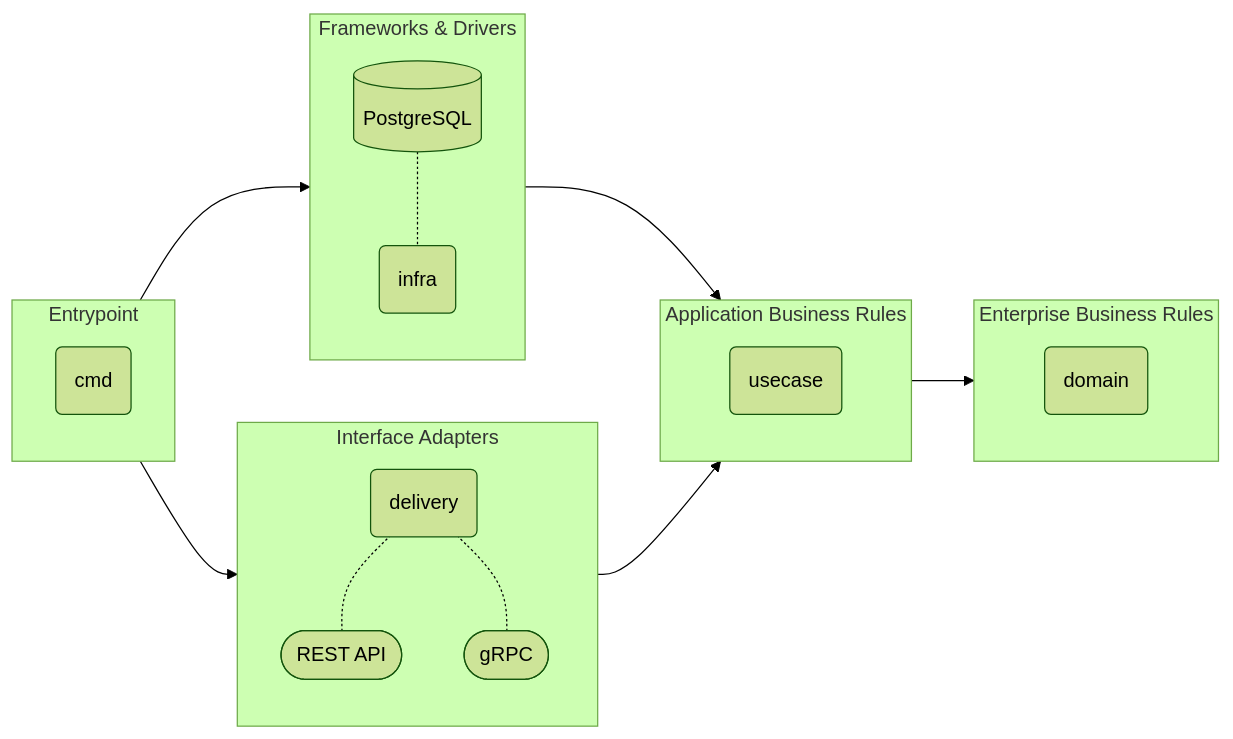
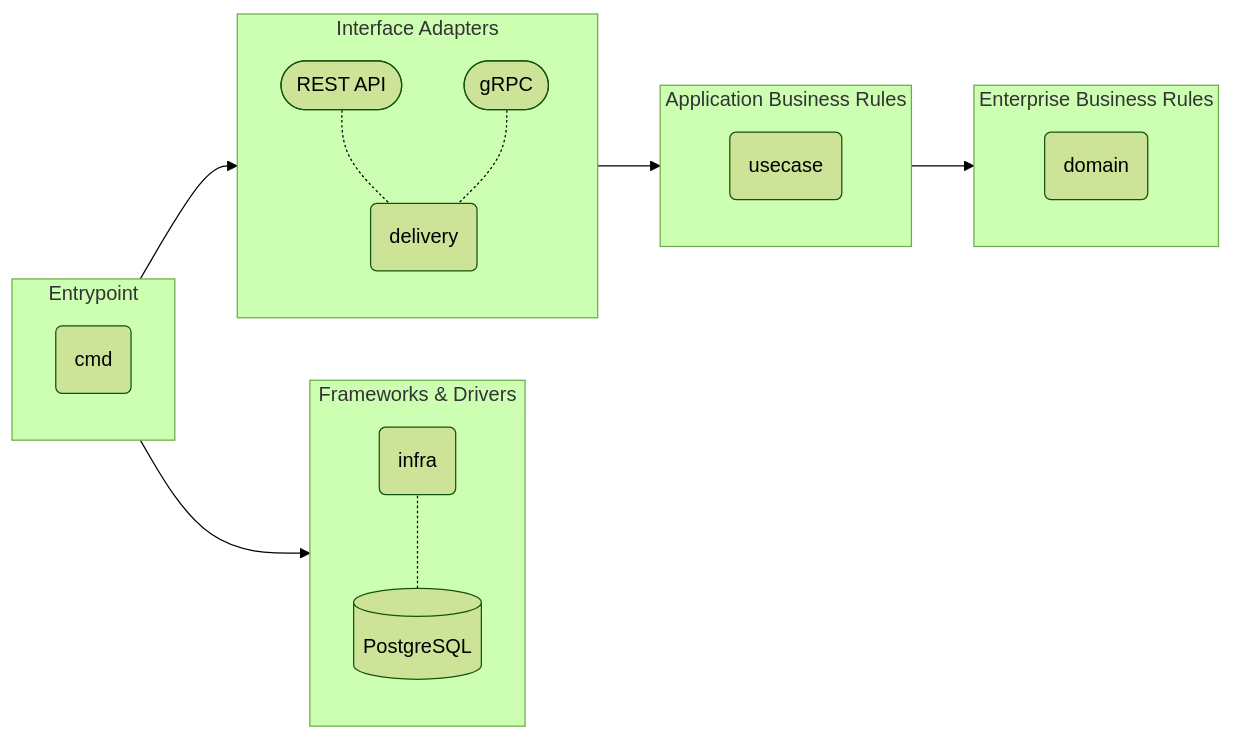
The diagram in README.md (yach36/clean-arch-prac), drawn with Mermaid (forest theme) before and after one commit.

````diff
--- a/README.md
+++ b/README.md
@@ -5,34 +5,28 @@
 ```mermaid
 flowchart LR
   id1(cmd)
   id2(infra)
   id3(usecase)
   id4(delivery)
   id5(domain)
-  click id1 "https://github.com/yach36/clean-arch-prac/tree/main/cmd"
-  click id2 "https://github.com/yach36/clean-arch-prac/tree/main/infra"
-  click id3 "https://github.com/yach36/clean-arch-prac/tree/main/usecase"
-  click id4 "https://github.com/yach36/clean-arch-prac/tree/main/delivery"
-  click id5 "https://github.com/yach36/clean-arch-prac/tree/main/domain"
   subgraph s1 [Frameworks & Drivers]
-    direction TB
+    direction BT
     id6[(PostgreSQL)] -.- id2
   end
   subgraph s2 [Interface Adapters]
-    direction BT
+    direction TB
     id7([REST API]) -.- id4
     id8([gRPC]) -.- id4
   end
   subgraph s3 [Application Business Rules]
     id3
   end
   subgraph s4 [Enterprise Business Rules]
     id5
   end
   subgraph s5 [Entrypoint]
     id1
   end
-  s5 --> s1 --> s3
-  s5 --> s2 --> s3
-  s3 --> s4
+  s5 --> s1
+  s5 --> s2 --> s3 --> s4
 ```
````
